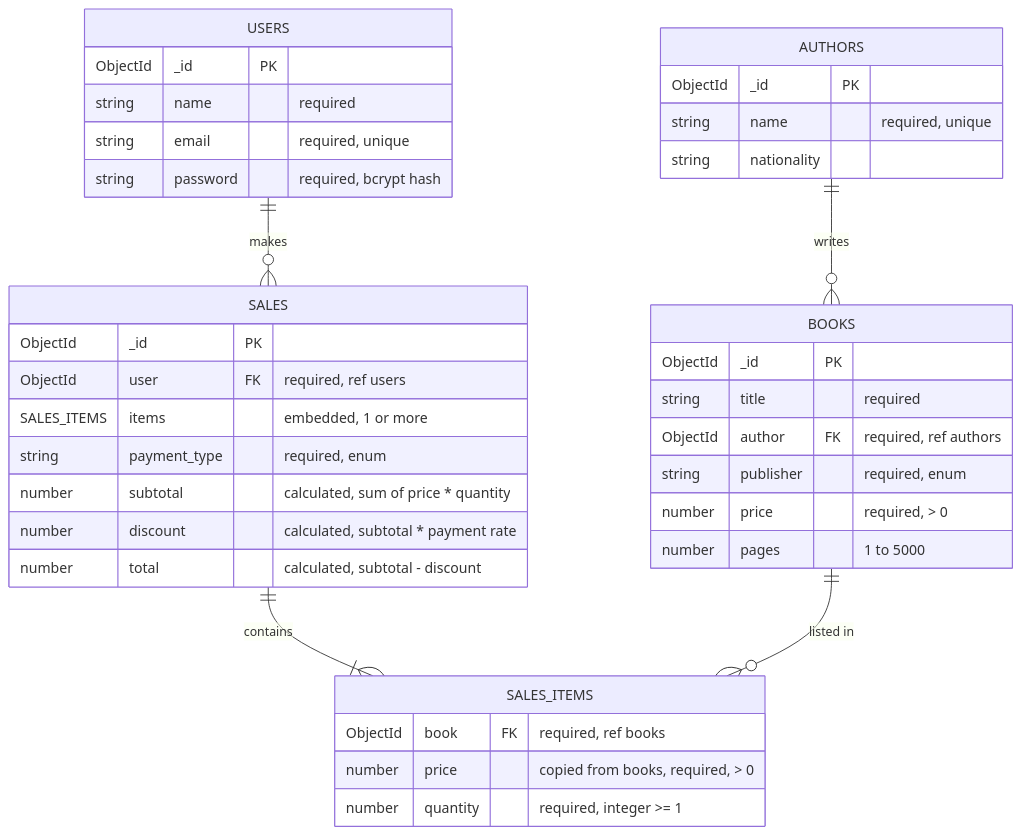
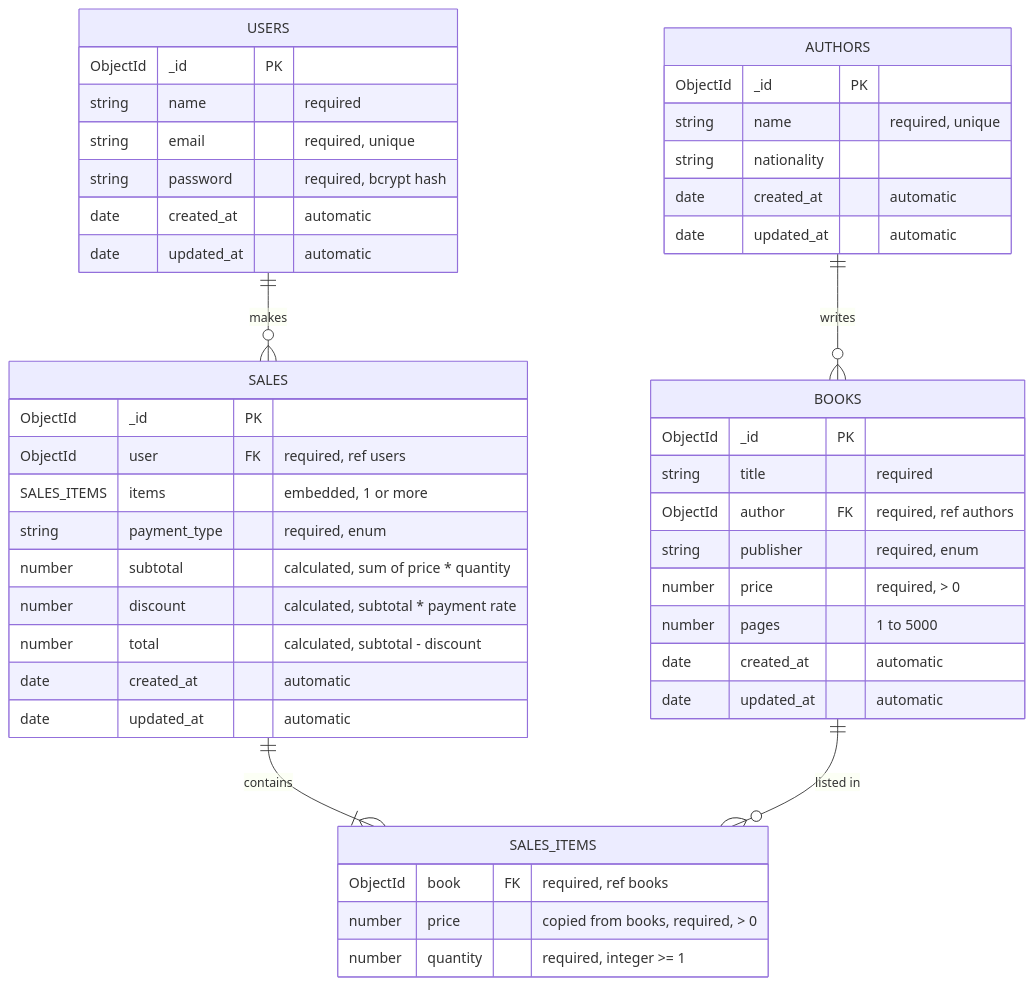
One commit to kenjimattos/express-mongo-api changed the diagram in README.md. Above: the diagram before and after it, drawn with Mermaid. The commit also changed other lines of this file and 4 other files, not shown here.

````diff
--- a/README.md
+++ b/README.md
@@ -9,45 +9,53 @@
 ```mermaid
 erDiagram
     AUTHORS ||--o{ BOOKS : "writes"
     USERS ||--o{ SALES : "makes"
     SALES ||--|{ SALES_ITEMS : "contains"
     BOOKS ||--o{ SALES_ITEMS : "listed in"
 
     AUTHORS {
         ObjectId _id PK
         string name "required, unique"
         string nationality
+        date created_at "automatic"
+        date updated_at "automatic"
     }
 
     BOOKS {
         ObjectId _id PK
         string title "required"
         ObjectId author FK "required, ref authors"
         string publisher "required, enum"
         number price "required, > 0"
         number pages "1 to 5000"
+        date created_at "automatic"
+        date updated_at "automatic"
     }
 
     USERS {
         ObjectId _id PK
         string name "required"
         string email "required, unique"
         string password "required, bcrypt hash"
+        date created_at "automatic"
+        date updated_at "automatic"
     }
 
     SALES {
         ObjectId _id PK
         ObjectId user FK "required, ref users"
         SALES_ITEMS items "embedded, 1 or more"
         string payment_type "required, enum"
         number subtotal "calculated, sum of price * quantity"
         number discount "calculated, subtotal * payment rate"
         number total "calculated, subtotal - discount"
+        date created_at "automatic"
+        date updated_at "automatic"
     }
 
     SALES_ITEMS {
       ObjectId book FK "required, ref books"
       number price "copied from books, required, > 0"
       number quantity "required, integer >= 1"
     }
 ```
````
